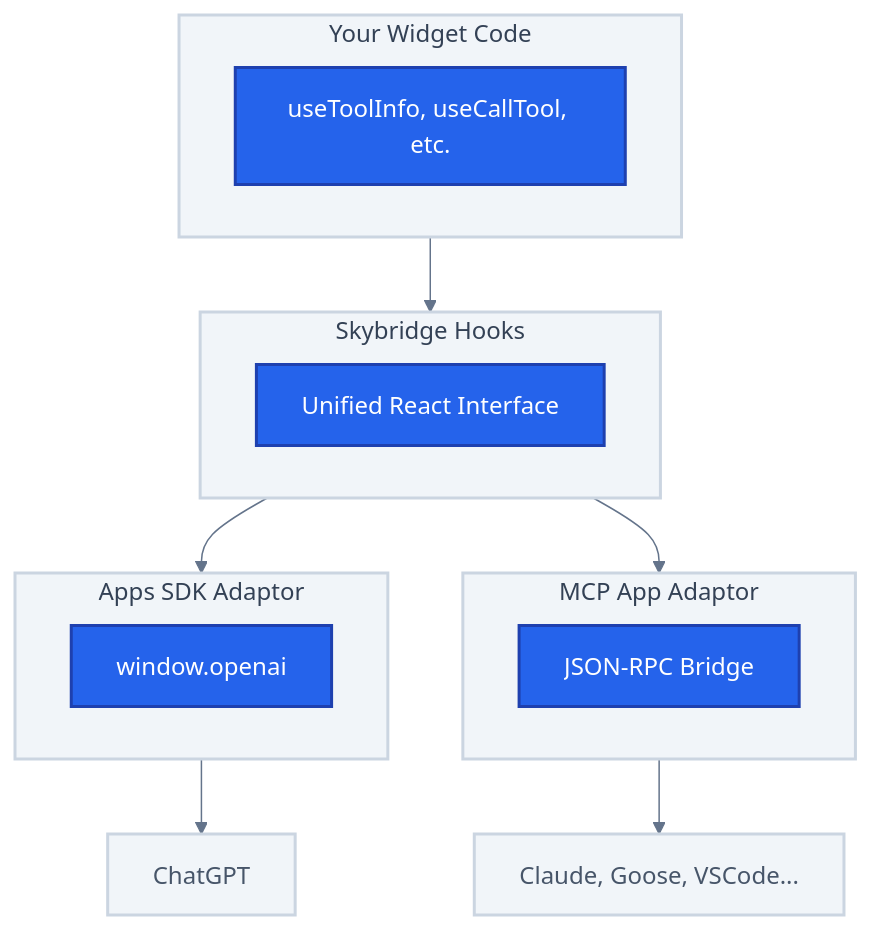
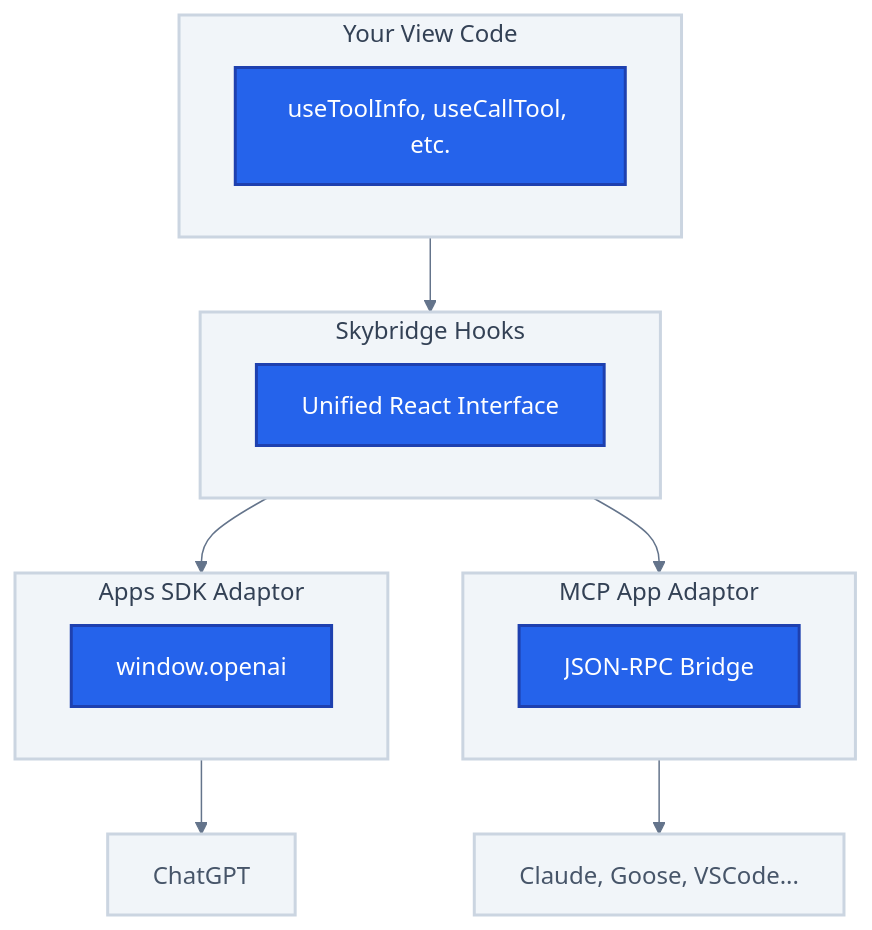
The diagram in docs/concepts/write-once-run-everywhere.mdx (alpic-ai/skybridge), drawn with Mermaid before and after one commit. The commit also changed other lines of this file and 106 other files, not shown here.

Commit message:
chore: Rename widget to view

````diff
--- a/docs/concepts/write-once-run-everywhere.mdx
+++ b/docs/concepts/write-once-run-everywhere.mdx
@@ -22,38 +22,38 @@
 ```mermaid
 %%{init: {'theme': 'base', 'themeVariables': { 'primaryColor': '#2563EB', 'primaryTextColor': '#fff', 'primaryBorderColor': '#1e40af', 'lineColor': '#64748b', 'secondaryColor': '#3B82F6', 'tertiaryColor': '#dbeafe' }}}%%
 flowchart TB
-    subgraph Code["Your Widget Code"]
+    subgraph Code["Your View Code"]
         Hooks["useToolInfo, useCallTool, etc."]
     end
 
     Code --> Skybridge
 
     subgraph Skybridge["Skybridge Hooks"]
         Unified["Unified React Interface"]
     end
 
     Skybridge --> AppsSdk
     Skybridge --> McpApp
 
     subgraph AppsSdk["Apps SDK Adaptor"]
         OpenAI["window.openai"]
     end
 
     subgraph McpApp["MCP App Adaptor"]
         JsonRpc["JSON-RPC Bridge"]
     end
 
     AppsSdk --> ChatGPT["ChatGPT"]
     McpApp --> McpClients["Claude, Goose, VSCode..."]
 
     style Code fill:#f1f5f9,stroke:#cbd5e1,stroke-width:2px,color:#334155
     style Skybridge fill:#f1f5f9,stroke:#cbd5e1,stroke-width:2px,color:#334155
     style AppsSdk fill:#f1f5f9,stroke:#cbd5e1,stroke-width:2px,color:#334155
     style McpApp fill:#f1f5f9,stroke:#cbd5e1,stroke-width:2px,color:#334155
     style ChatGPT fill:#f1f5f9,stroke:#cbd5e1,stroke-width:2px,color:#475569
     style McpClients fill:#f1f5f9,stroke:#cbd5e1,stroke-width:2px,color:#475569
     style Hooks fill:#2563EB,stroke:#1e40af,stroke-width:2px,color:#fff
     style Unified fill:#2563EB,stroke:#1e40af,stroke-width:2px,color:#fff
     style OpenAI fill:#2563EB,stroke:#1e40af,stroke-width:2px,color:#fff
     style JsonRpc fill:#2563EB,stroke:#1e40af,stroke-width:2px,color:#fff
 ```
````
